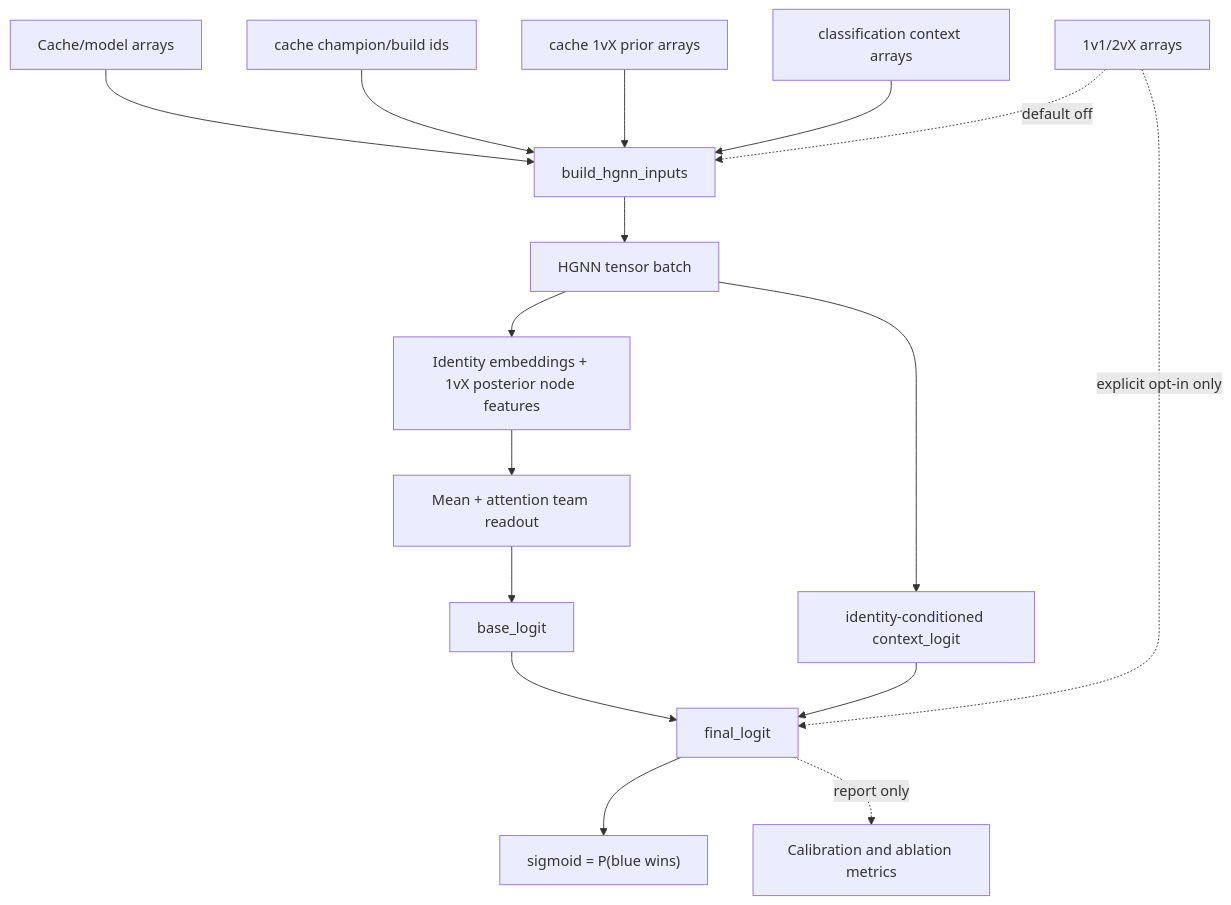
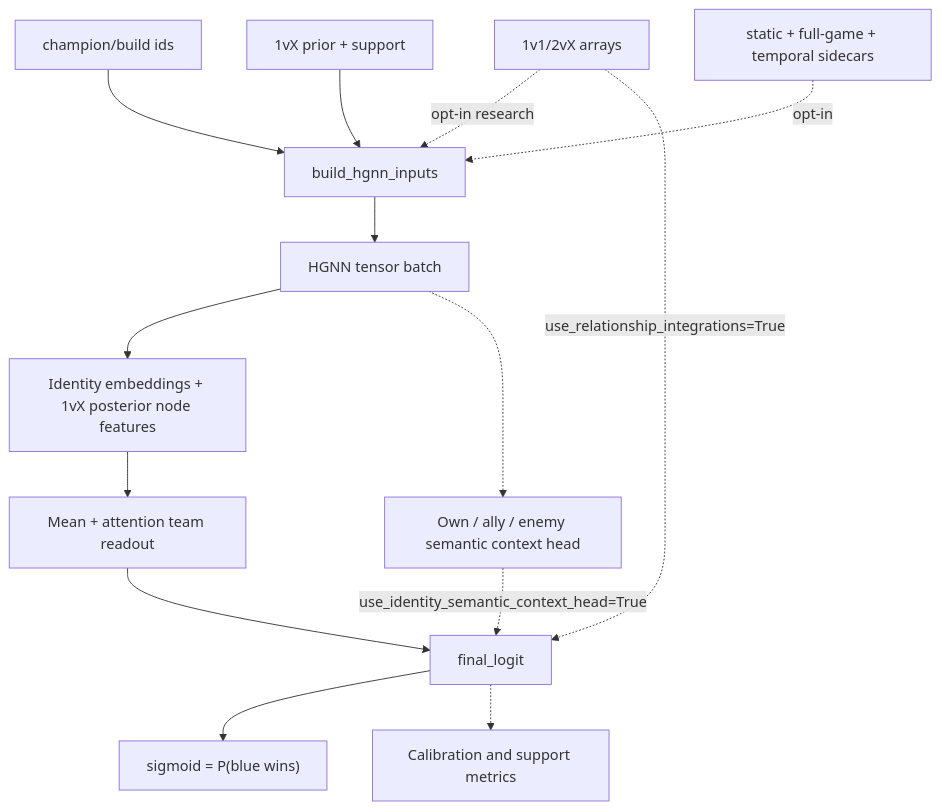
One commit to JackLGZimmerman/riot-api-ecosystem changed the first of 2 diagrams in app/ml/documentation/HGNN_CURRENT.md. Above: the diagram before and after it, drawn with Mermaid. The commit also changed other lines of this file and 43 other files, not shown here.

````diff
--- a/app/ml/documentation/HGNN_CURRENT.md
+++ b/app/ml/documentation/HGNN_CURRENT.md
@@ -30,20 +35,17 @@
 ```mermaid
 flowchart TD
-    inputs["Cache/model arrays"] --> hgnn_inputs["build_hgnn_inputs"]
-    ids["cache champion/build ids"] --> hgnn_inputs
-    prior["cache 1vX prior arrays"] --> hgnn_inputs
-    context["classification context arrays"] --> hgnn_inputs
-    rel["1v1/2vX arrays"] -.->|default off| hgnn_inputs
+    ids["champion/build ids"] --> hgnn_inputs["build_hgnn_inputs"]
+    prior["1vX prior + support"] --> hgnn_inputs
+    rel["1v1/2vX arrays"] -.->|opt-in research| hgnn_inputs
+    sidecars["static + full-game + temporal sidecars"] -.->|opt-in| hgnn_inputs
 
     hgnn_inputs --> tensor_batch["HGNN tensor batch"]
     tensor_batch --> nodes["Identity embeddings + 1vX posterior node features"]
+    tensor_batch -.-> context["Own / ally / enemy semantic context head"]
     nodes --> readout["Mean + attention team readout"]
-    readout --> base["base_logit"]
-
-    tensor_batch --> ctx["identity-conditioned context_logit"]
-    base --> final["final_logit"]
-    ctx --> final
-    rel -.->|explicit opt-in only| final
+    readout --> final["final_logit"]
+    rel -.->|use_relationship_integrations=True| final
+    context -.->|use_identity_semantic_context_head=True| final
     final --> prob["sigmoid = P(blue wins)"]
-    final -.->|report only| diagnostics["Calibration and ablation metrics"]
+    final -.-> diagnostics["Calibration and support metrics"]
 ```
````
